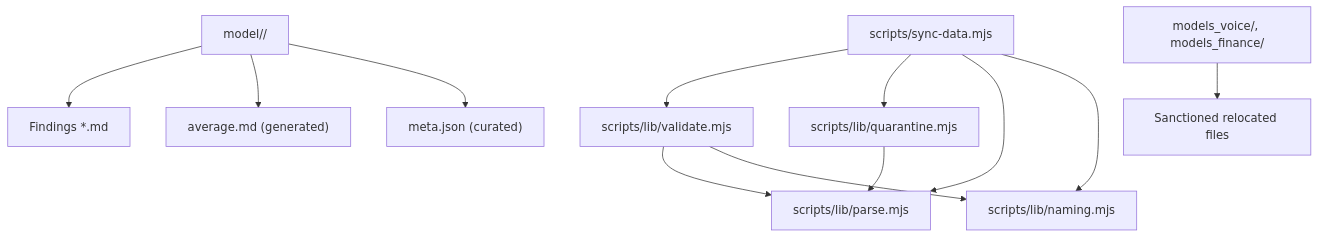
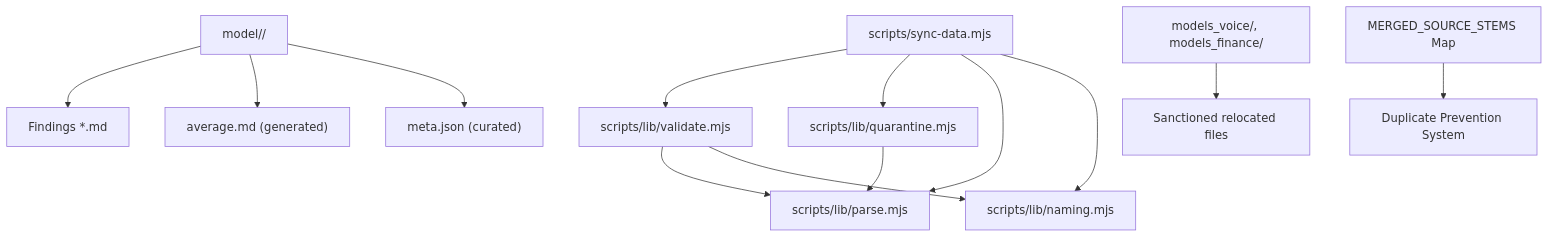
Before and after one commit to delirium-dj/modelcomp: the first of 10 diagrams in .qoder/repowiki/en/content/Data Management System/Data Synchronization Pipeline/Validation Framework.md, drawn with Mermaid. The commit also changed other lines of this file and 147 other files, not shown here.

````diff
--- a/.qoder/repowiki/en/content/Data Management System/Data Synchronization Pipeline/Validation Framework.md
+++ b/.qoder/repowiki/en/content/Data Management System/Data Synchronization Pipeline/Validation Framework.md
@@ -52,14 +54,15 @@
 ```mermaid
 graph TB
 Sync["scripts/sync-data.mjs"] --> Validate["scripts/lib/validate.mjs"]
 Sync --> Quarantine["scripts/lib/quarantine.mjs"]
 Sync --> Parse["scripts/lib/parse.mjs"]
 Sync --> Naming["scripts/lib/naming.mjs"]
 Validate --> Parse
 Validate --> Naming
 Quarantine --> Parse
 ModelDir["model/<slug>/"] --> Findings["Findings *.md"]
 ModelDir --> Average["average.md (generated)"]
 ModelDir --> Meta["meta.json (curated)"]
 MirrorRoots["models_voice/, models_finance/"] --> Relocated["Sanctioned relocated files"]
+MergedStems["MERGED_SOURCE_STEMS Map"] --> DuplicatePrevention["Duplicate Prevention System"]
 ```
````
